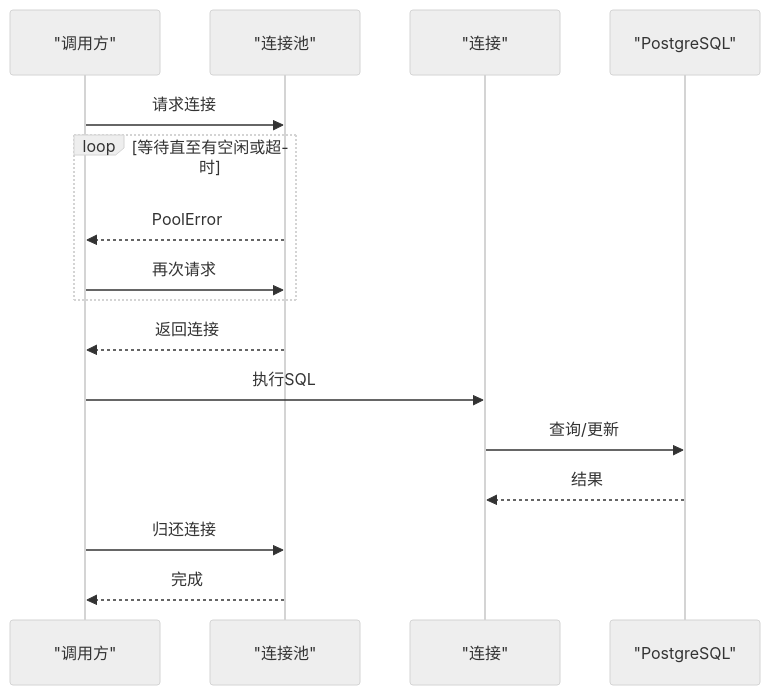
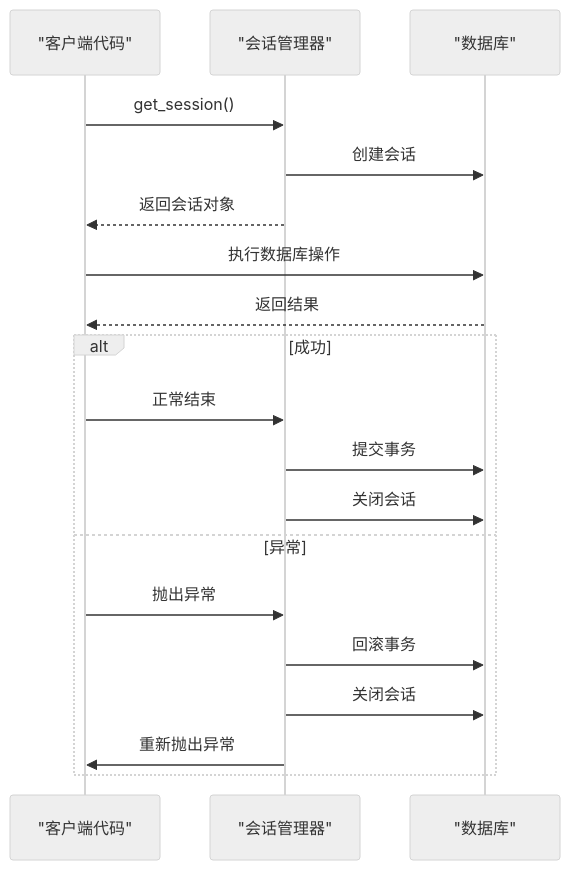
The fourth of 6 diagrams in .qoder/repowiki/zh/content/配置管理/数据库配置.md (joezxh/QuantDinger), drawn with Mermaid (neutral theme) before and after one commit. The commit also changed other lines of this file and 27 other files, not shown here.

````diff
--- a/.qoder/repowiki/zh/content/配置管理/数据库配置.md
+++ b/.qoder/repowiki/zh/content/配置管理/数据库配置.md
@@ -150,18 +163,21 @@
 ```mermaid
 sequenceDiagram
-participant Caller as "调用方"
-participant Pool as "连接池"
-participant Conn as "连接"
-participant DB as "PostgreSQL"
-Caller->>Pool : 请求连接
-loop 等待直至有空闲或超时
-Pool-->>Caller : PoolError
-Caller->>Pool : 再次请求
+participant Client as "客户端代码"
+participant SessionMgr as "会话管理器"
+participant DB as "数据库"
+Client->>SessionMgr : get_session()
+SessionMgr->>DB : 创建会话
+SessionMgr-->>Client : 返回会话对象
+Client->>DB : 执行数据库操作
+DB-->>Client : 返回结果
+alt 成功
+Client->>SessionMgr : 正常结束
+SessionMgr->>DB : 提交事务
+SessionMgr->>DB : 关闭会话
+else 异常
+Client->>SessionMgr : 抛出异常
+SessionMgr->>DB : 回滚事务
+SessionMgr->>DB : 关闭会话
+SessionMgr->>Client : 重新抛出异常
 end
-Pool-->>Caller : 返回连接
-Caller->>Conn : 执行SQL
-Conn->>DB : 查询/更新
-DB-->>Conn : 结果
-Caller->>Pool : 归还连接
-Pool-->>Caller : 完成
 ```
````
